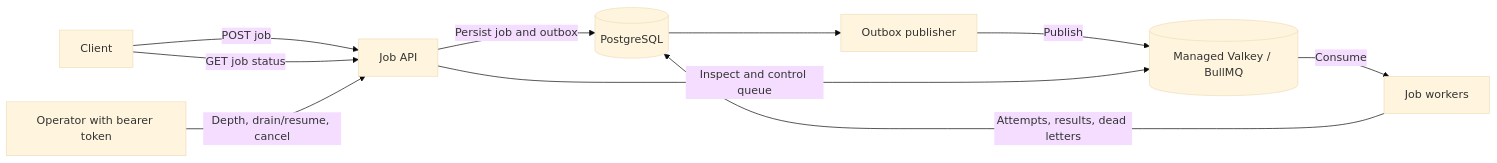
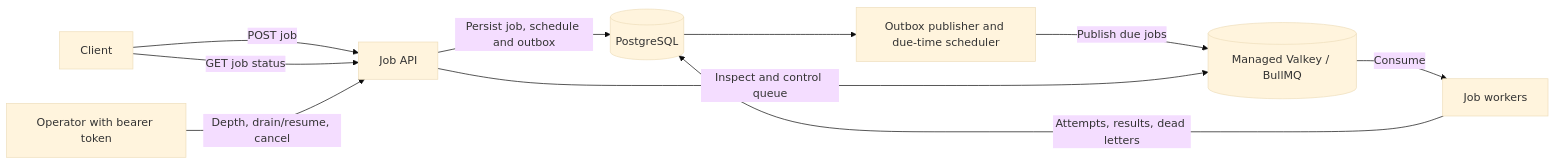
One commit to gauravdelhi1991/digital-ocean-test changed the diagram in README.md. Above: the diagram before and after it, drawn with Mermaid (base theme). The commit also changed other lines of this file and 11 other files, not shown here.

````diff
--- a/README.md
+++ b/README.md
@@ -3,12 +3,12 @@
 ```mermaid
 flowchart LR
     Client[Client] -->|POST job| API[Job API]
-    API -->|Persist job and outbox| DB[(PostgreSQL)]
-    Publisher[Outbox publisher] -->|Publish| Queue[(Managed Valkey / BullMQ)]
+    API -->|Persist job, schedule and outbox| DB[(PostgreSQL)]
+    Publisher[Outbox publisher and due-time scheduler] -->|Publish due jobs| Queue[(Managed Valkey / BullMQ)]
     DB --> Publisher
     Queue -->|Consume| Worker[Job workers]
     Worker -->|Attempts, results, dead letters| DB
     Client -->|GET job status| API
     Operator[Operator with bearer token] -->|Depth, drain/resume, cancel| API
     API -->|Inspect and control queue| Queue
 ```
````
